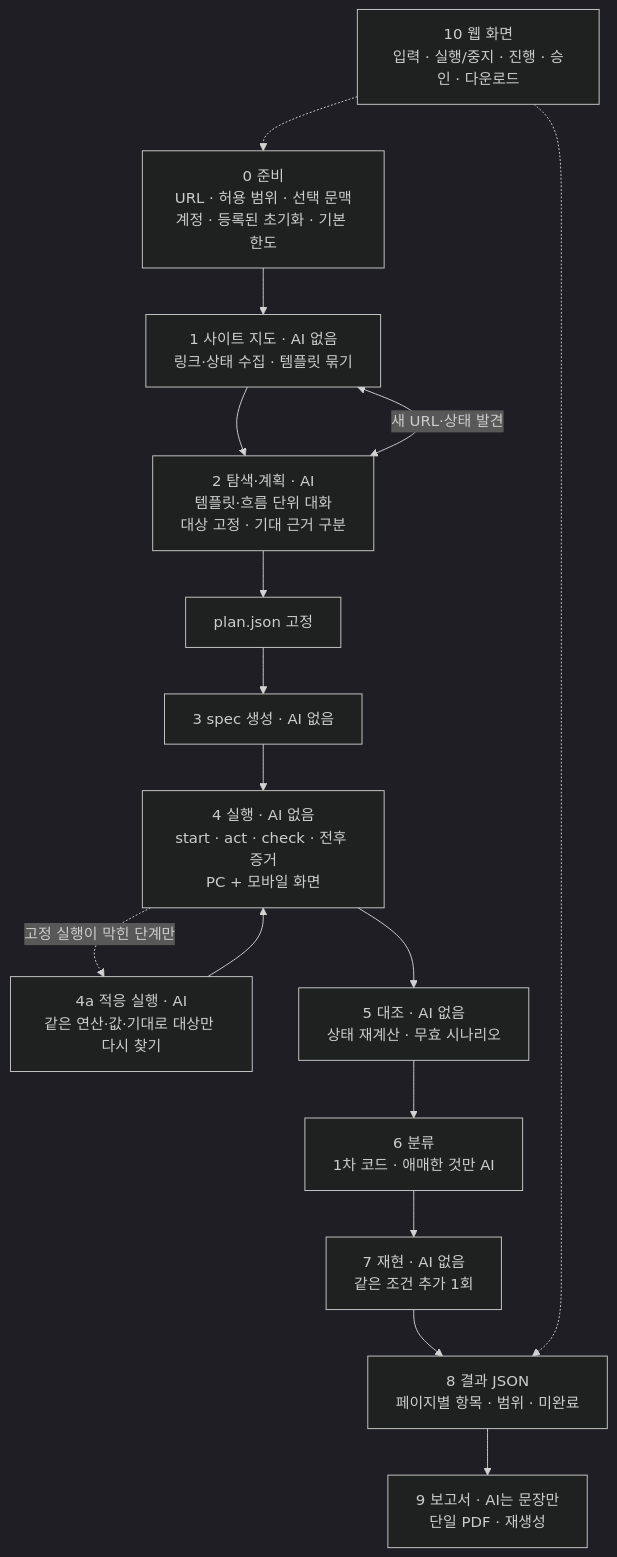
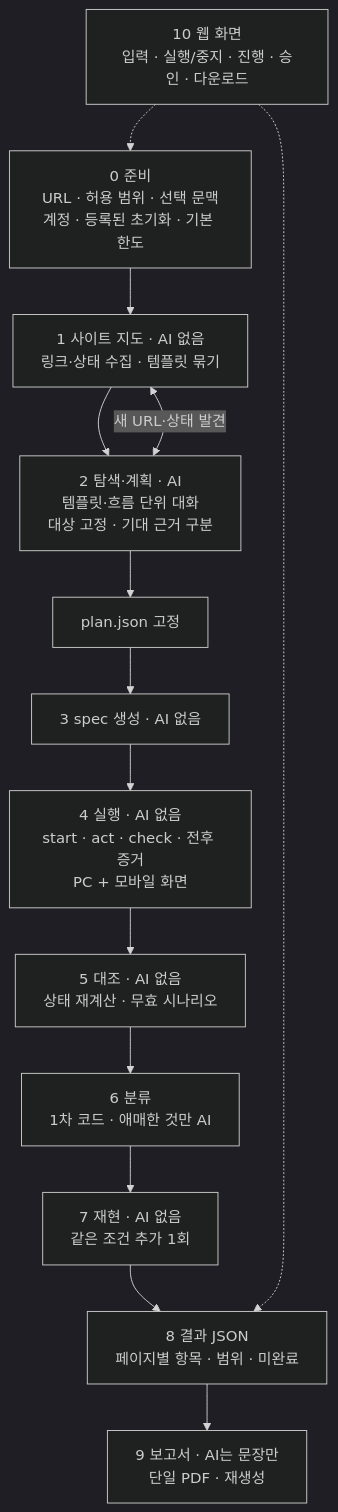
One commit to bibimmando/WebTestPilot changed the diagram in docs/design/V2_ARCHITECTURE.md. Above: the diagram before and after it, drawn with Mermaid (dark theme). The commit also changed other lines of this file and 5 other files, not shown here.

````diff
--- a/docs/design/V2_ARCHITECTURE.md
+++ b/docs/design/V2_ARCHITECTURE.md
@@ -118,18 +118,16 @@
 ```mermaid
 flowchart TD
     In[0 준비<br/>URL · 허용 범위 · 선택 문맥<br/>계정 · 등록된 초기화 · 기본 한도] --> Map
     Map[1 사이트 지도 · AI 없음<br/>링크·상태 수집 · 템플릿 묶기] --> Explore
     Explore[2 탐색·계획 · AI<br/>템플릿·흐름 단위 대화<br/>대상 고정 · 기대 근거 구분] --> Plan[plan.json 고정]
     Plan --> Gen[3 spec 생성 · AI 없음]
     Gen --> Run[4 실행 · AI 없음<br/>start · act · check · 전후 증거<br/>PC + 모바일 화면]
-    Run -. 고정 실행이 막힌 단계만 .-> Adapt[4a 적응 실행 · AI<br/>같은 연산·값·기대로 대상만 다시 찾기]
-    Adapt --> Run
     Run --> Rec[5 대조 · AI 없음<br/>상태 재계산 · 무효 시나리오]
     Rec --> Tri[6 분류<br/>1차 코드 · 애매한 것만 AI]
     Tri --> Rep[7 재현 · AI 없음<br/>같은 조건 추가 1회]
     Rep --> Json[8 결과 JSON<br/>페이지별 항목 · 범위 · 미완료]
     Json --> Pdf[9 보고서 · AI는 문장만<br/>단일 PDF · 재생성]
     UI[10 웹 화면<br/>입력 · 실행/중지 · 진행 · 승인 · 다운로드] -.-> In
     UI -.-> Json
     Explore <-->|새 URL·상태 발견| Map
 ```
````
